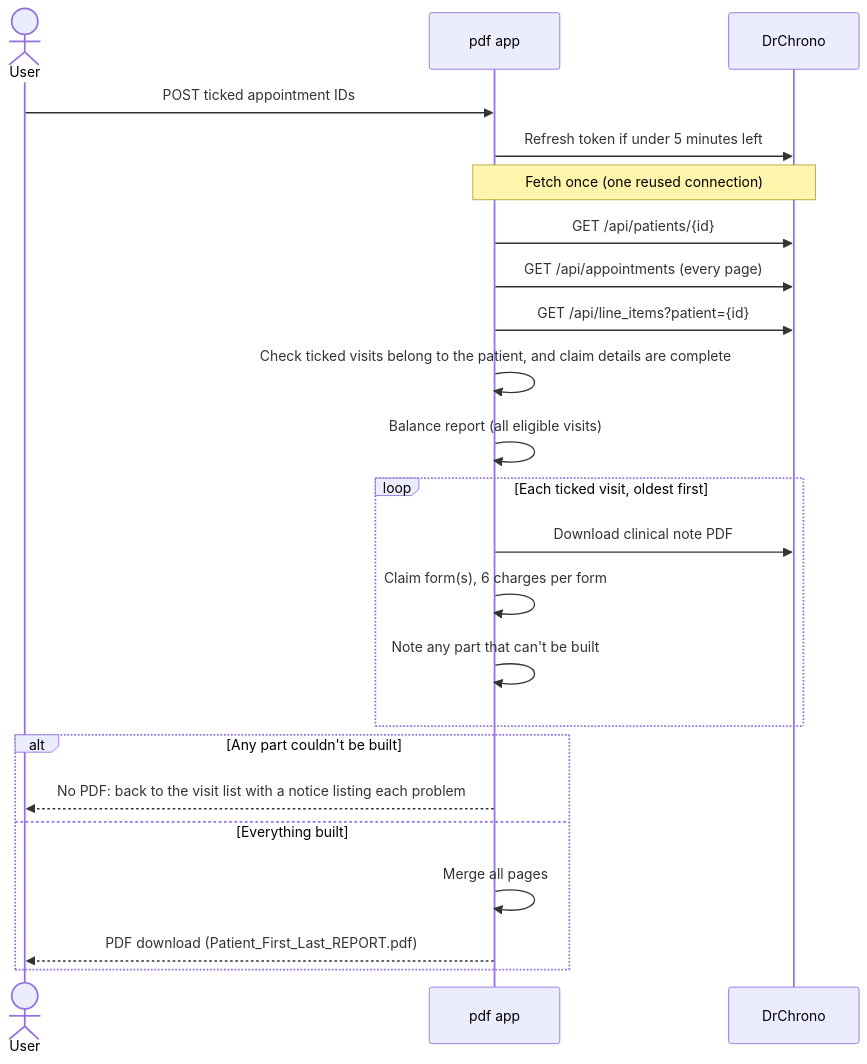
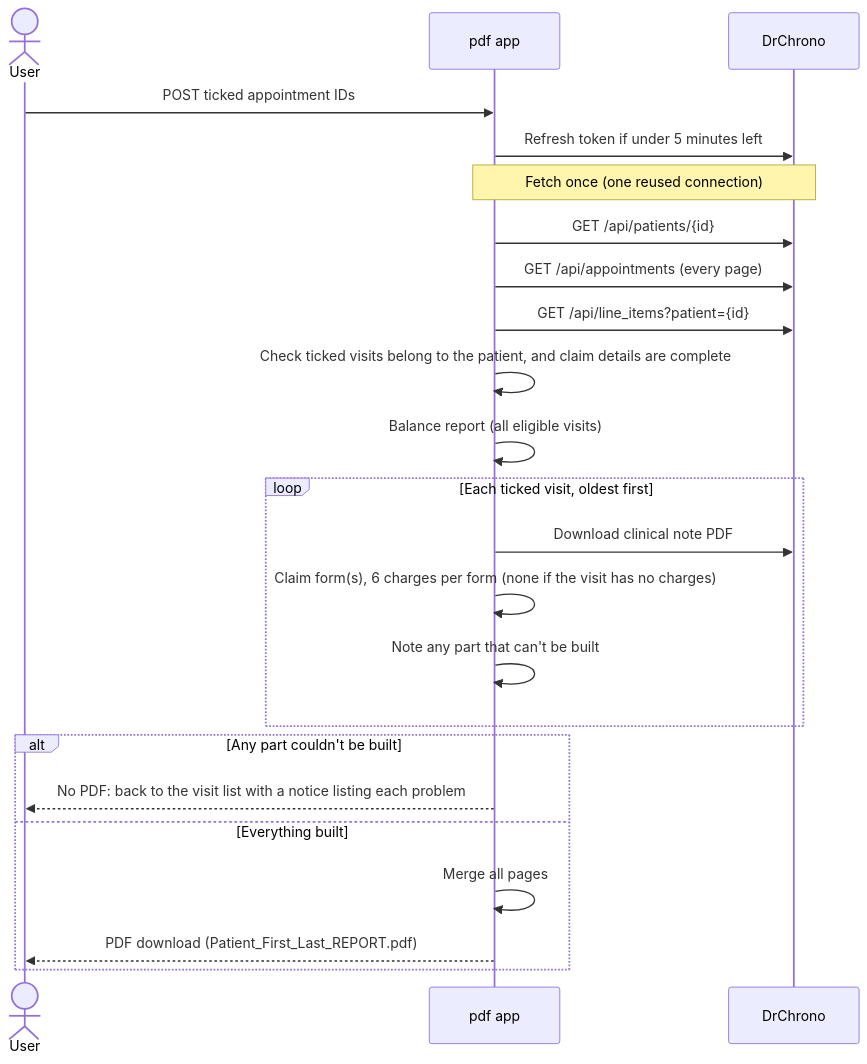
One commit to Pirateqeq/DrChrono_PDF_Compiler changed the second of 2 diagrams in SYSTEM_MAP.md. Above: the diagram before and after it, drawn with Mermaid. The commit also changed other lines of this file and 14 other files, not shown here.

First line of the commit message:
Visits with no charges: include the note, skip the claim form, tag them on the list

````diff
--- a/SYSTEM_MAP.md
+++ b/SYSTEM_MAP.md
@@ -62,26 +62,26 @@
 ```mermaid
 sequenceDiagram
     actor User
     participant PDF as pdf app
     participant DC as DrChrono
 
     User->>PDF: POST ticked appointment IDs
     PDF->>DC: Refresh token if under 5 minutes left
     Note over PDF,DC: Fetch once (one reused connection)
     PDF->>DC: GET /api/patients/{id}
     PDF->>DC: GET /api/appointments (every page)
     PDF->>DC: GET /api/line_items?patient={id}
     PDF->>PDF: Check ticked visits belong to the patient, and claim details are complete
     PDF->>PDF: Balance report (all eligible visits)
     loop Each ticked visit, oldest first
         PDF->>DC: Download clinical note PDF
-        PDF->>PDF: Claim form(s), 6 charges per form
+        PDF->>PDF: Claim form(s), 6 charges per form (none if the visit has no charges)
         PDF->>PDF: Note any part that can't be built
     end
     alt Any part couldn't be built
         PDF-->>User: No PDF: back to the visit list with a notice listing each problem
     else Everything built
         PDF->>PDF: Merge all pages
         PDF-->>User: PDF download (Patient_First_Last_REPORT.pdf)
     end
 ```
````
